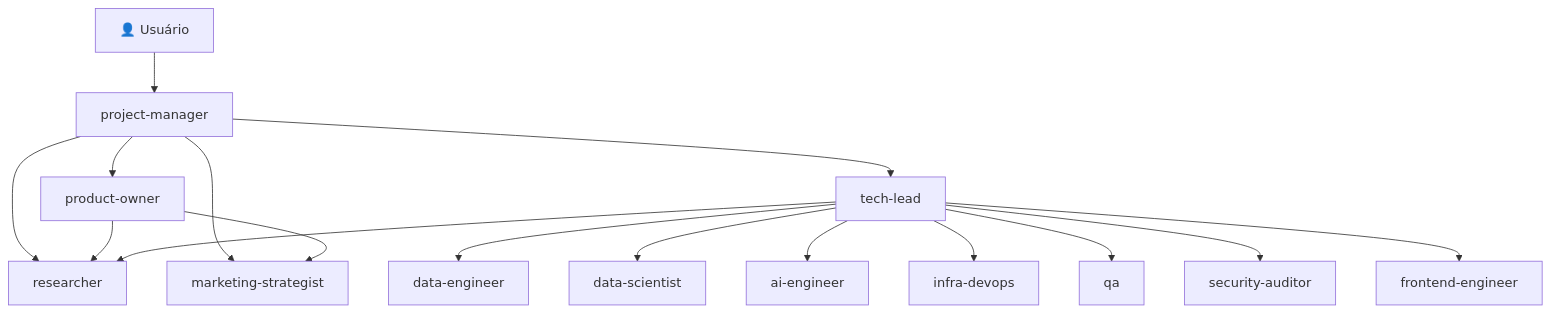
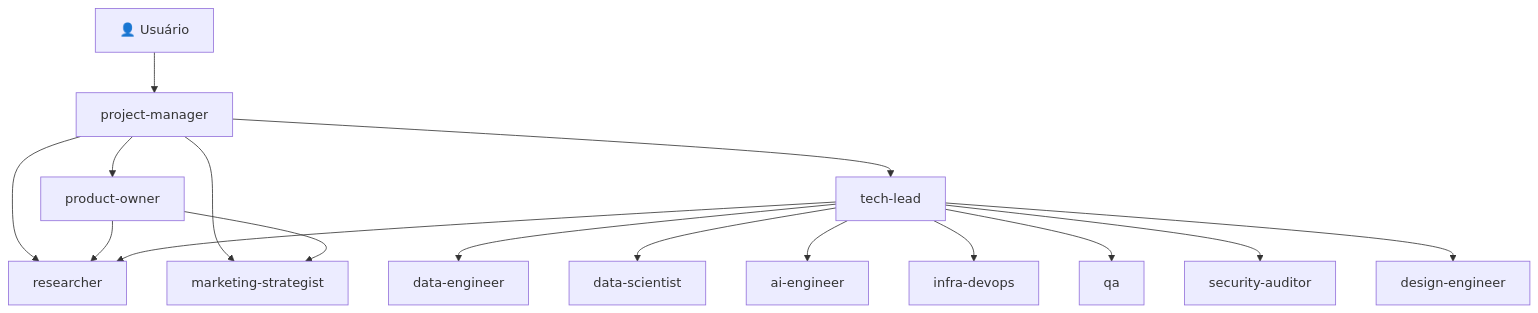
The second of 5 diagrams in docs-site/architecture/dual-system.md (ggnicolau/claude-code-enterprise-template), drawn with Mermaid before and after one commit. The commit also changed other lines of this file and 18 other files, not shown here.

````diff
--- a/docs-site/architecture/dual-system.md
+++ b/docs-site/architecture/dual-system.md
@@ -139,18 +139,18 @@
 ```mermaid
 graph TD
     U["👤 Usuário"] --> PM["project-manager"]
     PM --> PO["product-owner"]
     PM --> TL["tech-lead"]
     PM --> RES["researcher"]
     PM --> MKT["marketing-strategist"]
     PO --> RES
     PO --> MKT
     TL --> DE["data-engineer"]
     TL --> DS["data-scientist"]
     TL --> AIE["ai-engineer"]
     TL --> IDF["infra-devops"]
     TL --> QA["qa"]
     TL --> SEC["security-auditor"]
-    TL --> FE["frontend-engineer"]
+    TL --> FE["design-engineer"]
     TL --> RES
 ```
````
